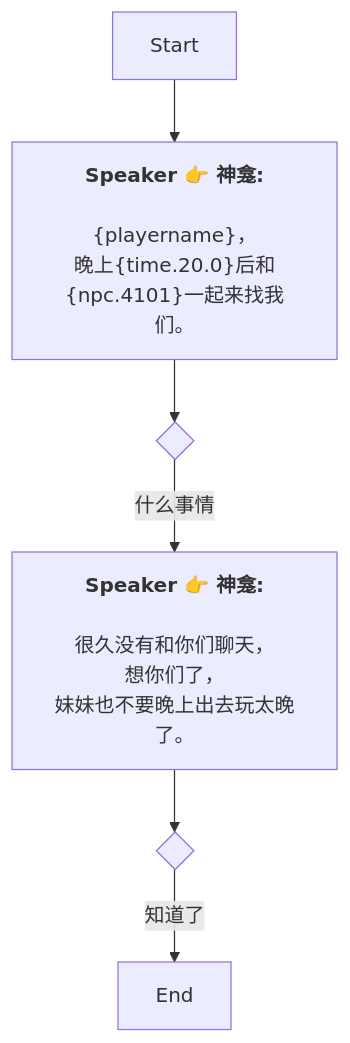
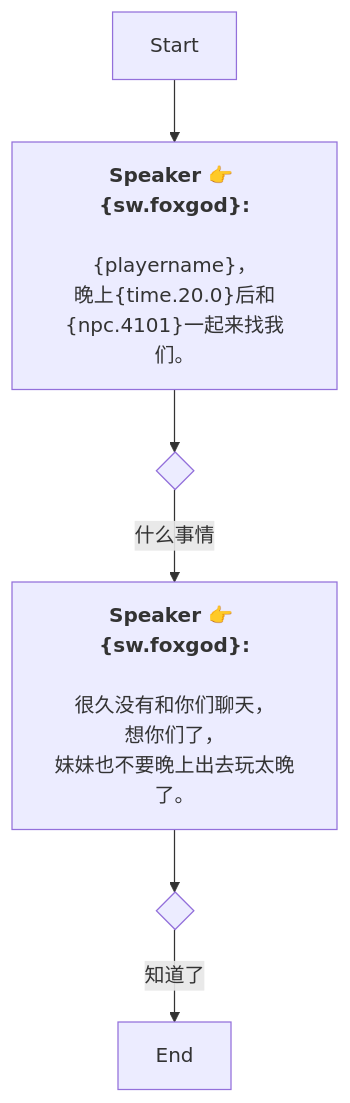
The diagram in Zh/QuestStartTalkENode_1752071614967192.md (SoftHu/tos_avg), drawn with Mermaid before and after one commit. The commit also changed 297 other files, not shown here.

````diff
--- a/Zh/QuestStartTalkENode_1752071614967192.md
+++ b/Zh/QuestStartTalkENode_1752071614967192.md
@@ -1,16 +1,16 @@
 ```mermaid
 graph
-Start -->1752071650396571[<b>Speaker 👉 神龛:</b>
+Start -->1752071650396571[<b>Speaker 👉 &lbrace;sw.foxgod&rbrace;:</b>
 
 &lbrace;playername&rbrace;，
 晚上&lbrace;time.20.0&rbrace;后和&lbrace;npc.4101&rbrace;一起来找我们。]
 1752071650396571 -->1752071875659164{ }
-1752071875659164 -->|什么事情|1752071892001183[<b>Speaker 👉 神龛:</b>
+1752071875659164 -->|什么事情|1752071892001183[<b>Speaker 👉 &lbrace;sw.foxgod&rbrace;:</b>
 
 很久没有和你们聊天，
 想你们了，
 妹妹也不要晚上出去玩太晚了。]
 1752071892001183 -->1752071931245984{ }
 1752071931245984 -->|知道了|1752071937910179[End]
 
  ```
````
